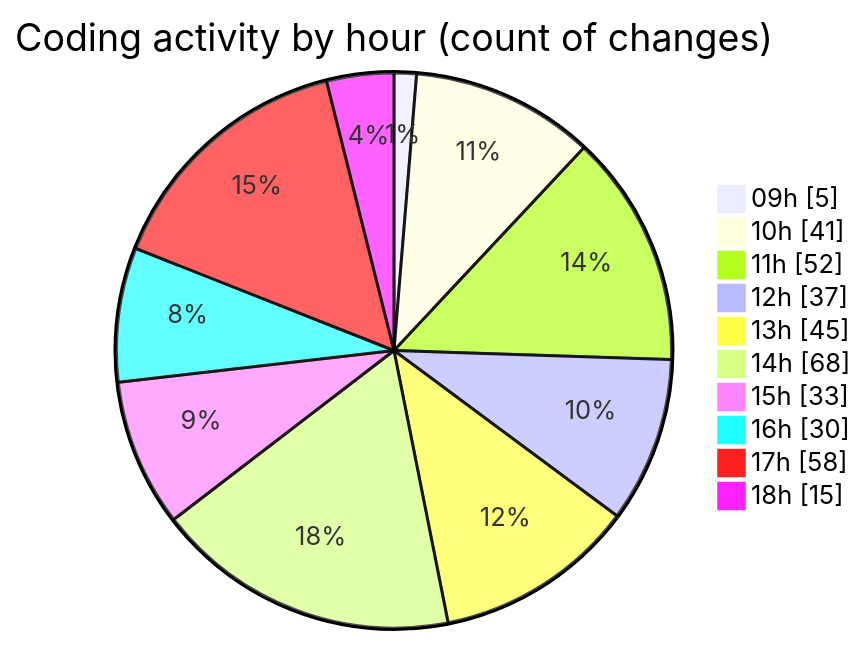
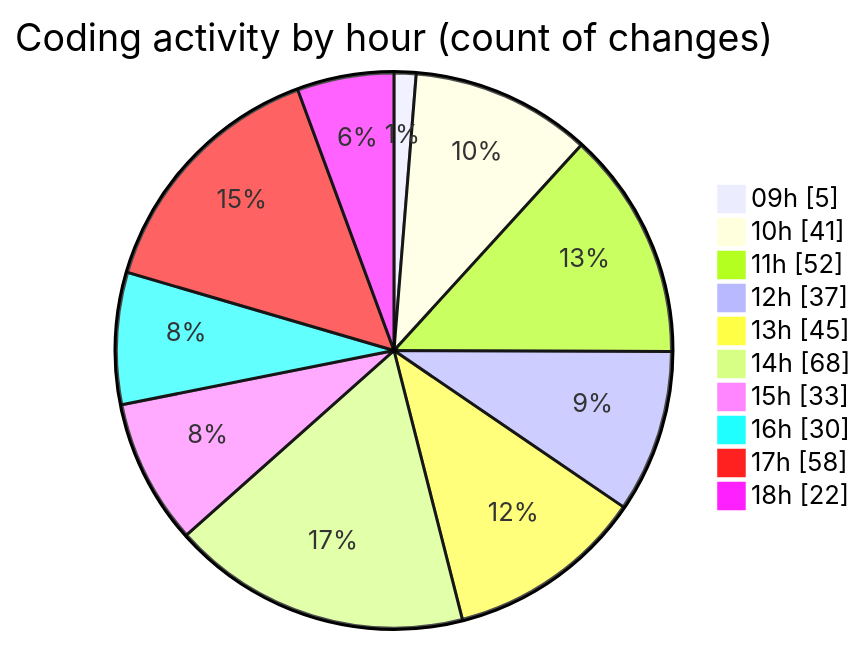
One commit to momahboobian/code-tracking changed the second of 2 diagrams in 2026-04-27/cda/README.md. Above: the diagram before and after it, drawn with Mermaid. The commit also changed other lines of this file and 1 other file, not shown here.

````diff
--- a/2026-04-27/cda/README.md
+++ b/2026-04-27/cda/README.md
@@ -69,14 +69,14 @@
 ```mermaid
 pie showData
 title Coding activity by hour (count of changes)
 "09h" : 5
 "10h" : 41
 "11h" : 52
 "12h" : 37
 "13h" : 45
 "14h" : 68
 "15h" : 33
 "16h" : 30
 "17h" : 58
-"18h" : 15
+"18h" : 22
 ```
````
